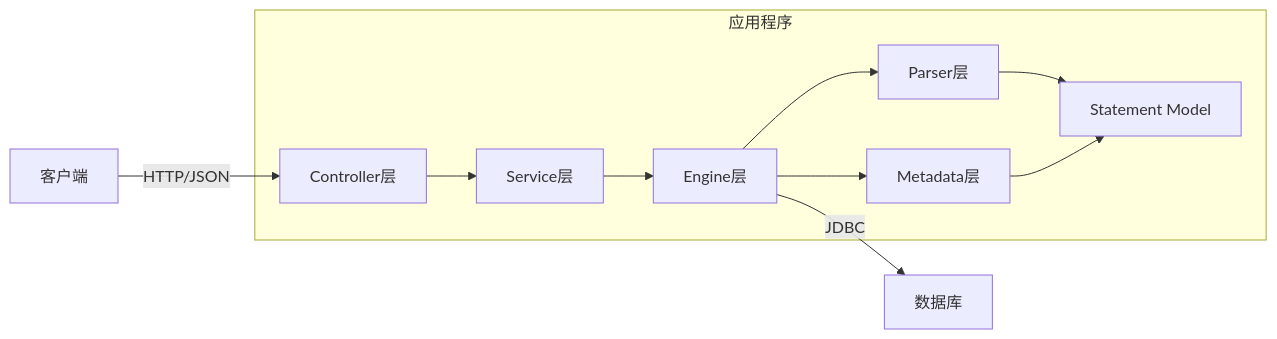
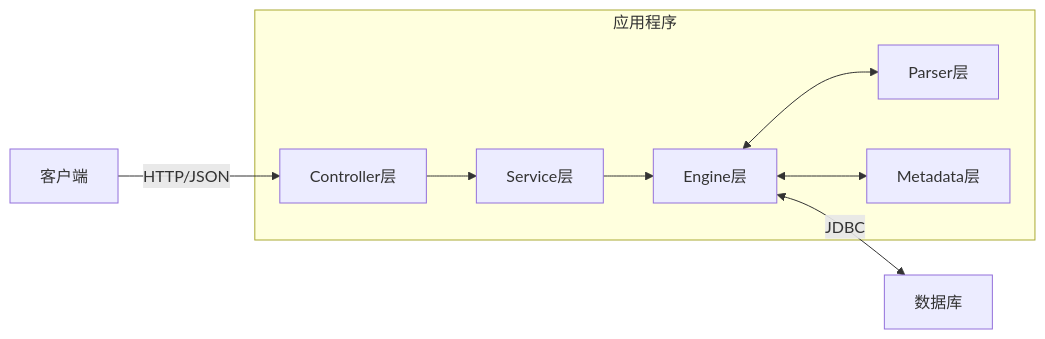
One commit to NeverWaitLight/simple-jsonql changed the first of 9 diagrams in docs/design.md. Above: the diagram before and after it, drawn with Mermaid. The commit also changed other lines of this file and 1 other file, not shown here.

````diff
--- a/docs/design.md
+++ b/docs/design.md
@@ -25,20 +25,17 @@
 ```mermaid
 flowchart LR
     A[客户端] -->|HTTP/JSON| B[Controller层]
     B --> C[Service层]
     C --> D[Engine层]
-    D -->|JDBC| E[数据库]
-    D --> F[Parser层]
-    D --> G[Metadata层]
-    F --> H[Statement Model]
-    G --> H
+    D <-->|JDBC| E[数据库]
+    D <--> F[Parser层]
+    D <--> G[Metadata层]
 
     subgraph 应用程序
     B
     C
     D
     F
     G
-    H
     end
 ```
````
